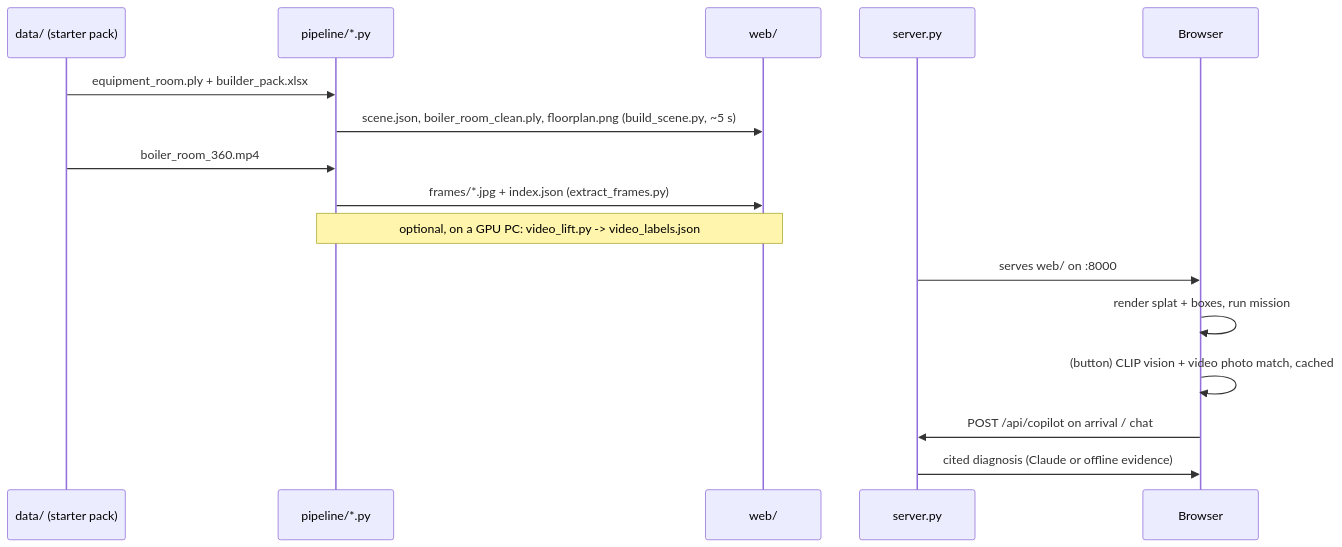
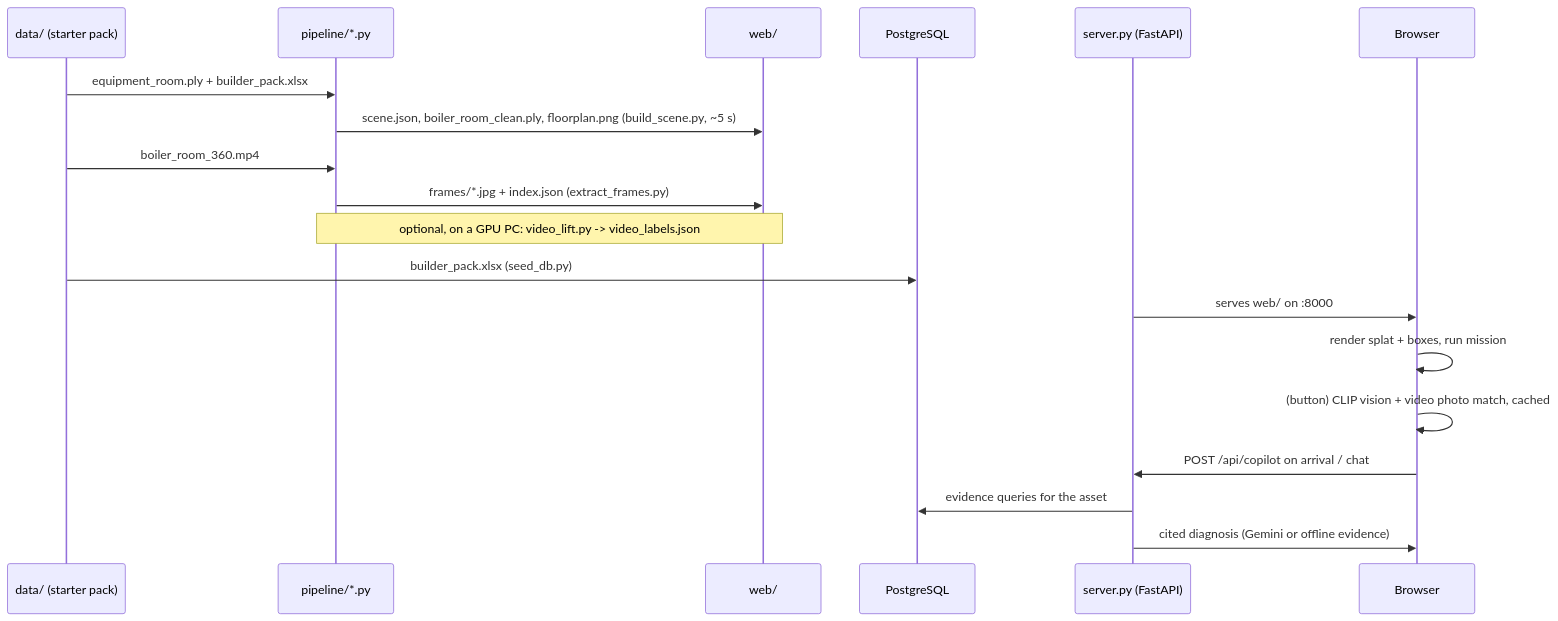
The diagram in docs/WORKFLOW.md (huziichuk/theMOLFARS), drawn with Mermaid before and after one commit. The commit also changed other lines of this file and 3 other files, not shown here.

First line of the commit message:
Docs: describe the FastAPI + PostgreSQL backend and Gemini copilot

````diff
--- a/docs/WORKFLOW.md
+++ b/docs/WORKFLOW.md
@@ -5,18 +5,21 @@
 ```mermaid
 sequenceDiagram
   participant D as data/ (starter pack)
   participant P as pipeline/*.py
   participant W as web/
-  participant S as server.py
+  participant G as PostgreSQL
+  participant S as server.py (FastAPI)
   participant B as Browser
   D->>P: equipment_room.ply + builder_pack.xlsx
   P->>W: scene.json, boiler_room_clean.ply, floorplan.png (build_scene.py, ~5 s)
   D->>P: boiler_room_360.mp4
   P->>W: frames/*.jpg + index.json (extract_frames.py)
   Note over P,W: optional, on a GPU PC: video_lift.py -> video_labels.json
+  D->>G: builder_pack.xlsx (seed_db.py)
   S->>B: serves web/ on :8000
   B->>B: render splat + boxes, run mission
   B->>B: (button) CLIP vision + video photo match, cached
   B->>S: POST /api/copilot on arrival / chat
-  S->>B: cited diagnosis (Claude or offline evidence)
+  S->>G: evidence queries for the asset
+  S->>B: cited diagnosis (Gemini or offline evidence)
 ```
````
